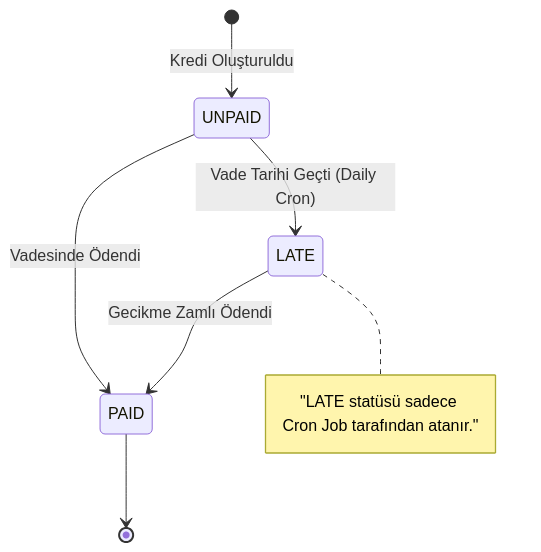
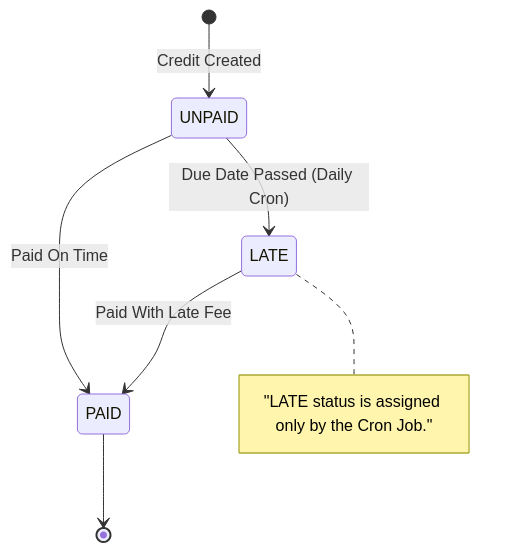
Before and after one commit to efeyrtln1/Credit-Management-API: the second of 2 diagrams in docs/state-machines.md, drawn with Mermaid. The commit also changed other lines of this file and 1 other file, not shown here.

Commit message:
docs:fix syntax error in state machine diagram notes

````diff
--- a/docs/state-machines.md
+++ b/docs/state-machines.md
@@ -14,12 +14,12 @@
 ```mermaid
 stateDiagram-v2
-    [*] --> UNPAID : Kredi Oluşturuldu
+    [*] --> UNPAID : Credit Created
     
-    UNPAID --> PAID : Vadesinde Ödendi
-    UNPAID --> LATE : Vade Tarihi Geçti (Daily Cron)
-    LATE --> PAID : Gecikme Zamlı Ödendi
+    UNPAID --> PAID : Paid On Time
+    UNPAID --> LATE : Due Date Passed (Daily Cron)
+    LATE --> PAID : Paid With Late Fee
     
     PAID --> [*]
 
-    note right of LATE : "LATE statüsü sadece Cron Job tarafından atanır."
+    note right of LATE : "LATE status is assigned only by the Cron Job."
 ```
````
